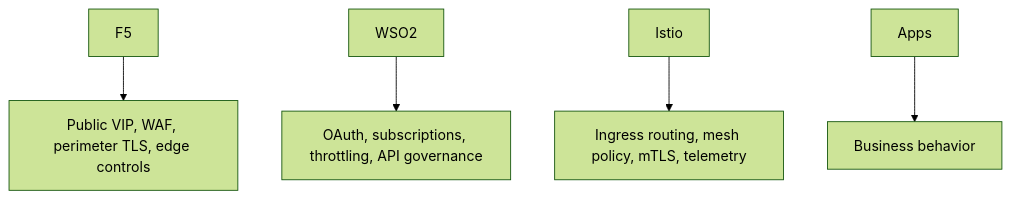
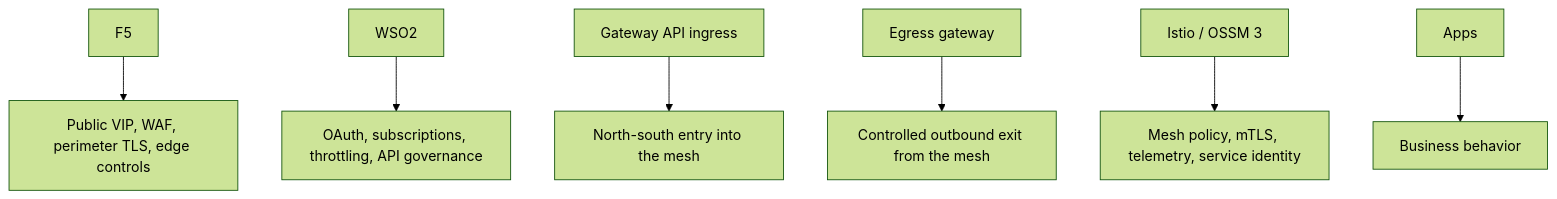
The second of 4 diagrams in gateway patterns/03-recommended-pattern-f5-wso2-istio.md (zeshaq/tutorials-presentations-docs), drawn with Mermaid (forest theme) before and after one commit. The commit also changed other lines of this file and 10 other files, not shown here.

Commit message:
Add gateway implementation docs and align OSSM 3 patterns

````diff
--- a/gateway patterns/03-recommended-pattern-f5-wso2-istio.md
+++ b/gateway patterns/03-recommended-pattern-f5-wso2-istio.md
@@ -28,7 +33,9 @@
 ```mermaid
 flowchart TB
     F5["F5"] --> F5R["Public VIP, WAF, perimeter TLS, edge controls"]
     WSO2["WSO2"] --> WSO2R["OAuth, subscriptions, throttling, API governance"]
-    ISTIO["Istio"] --> ISTIOR["Ingress routing, mesh policy, mTLS, telemetry"]
+    IG["Gateway API ingress"] --> IGR["North-south entry into the mesh"]
+    EG["Egress gateway"] --> EGR["Controlled outbound exit from the mesh"]
+    ISTIO["Istio / OSSM 3"] --> ISTIOR["Mesh policy, mTLS, telemetry, service identity"]
     APP["Apps"] --> APPR["Business behavior"]
 ```
````
